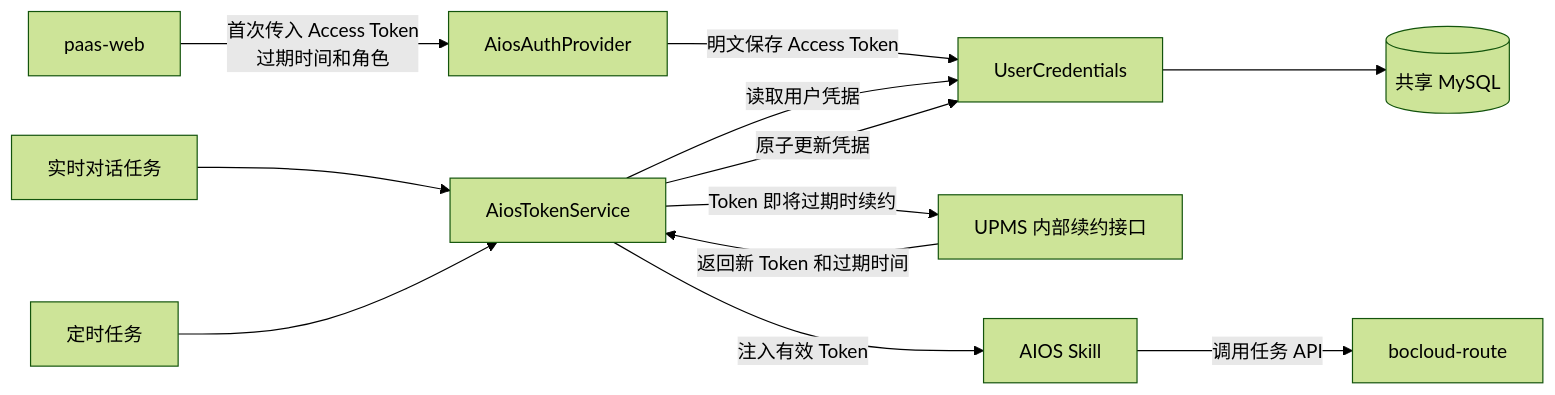
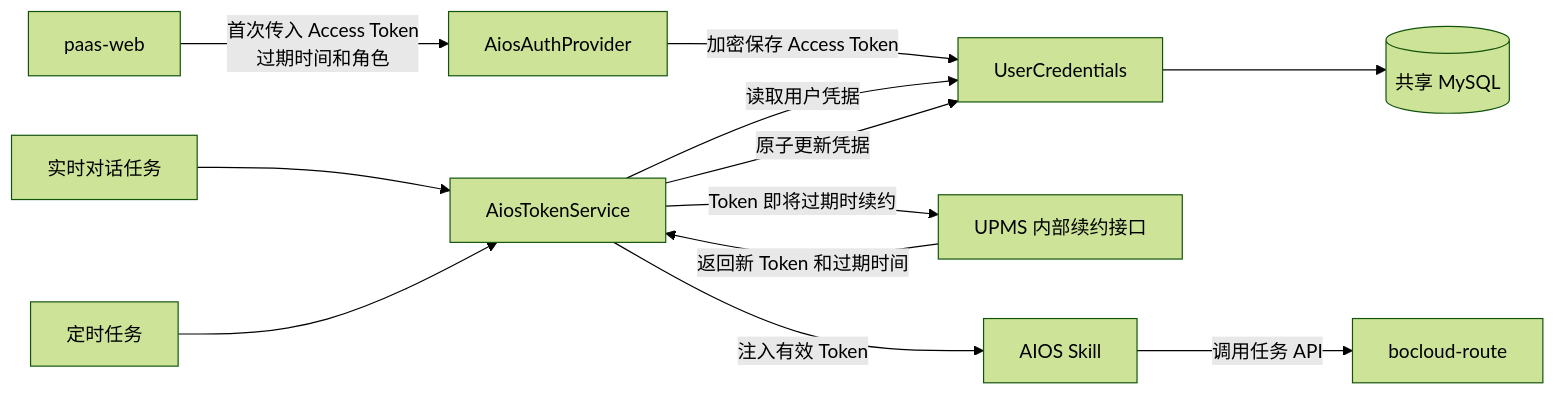
The second of 5 diagrams in docs/design/14-aios-unified-auth.md (Wpxknight/agentdemo), drawn with Mermaid (forest theme) before and after one commit. The commit also changed other lines of this file and 55 other files, not shown here.

````diff
--- a/docs/design/14-aios-unified-auth.md
+++ b/docs/design/14-aios-unified-auth.md
@@ -131,15 +131,15 @@
 ```mermaid
 flowchart LR
   P[paas-web] -->|首次传入 Access Token<br/>过期时间和角色| A[AiosAuthProvider]
-  A -->|明文保存 Access Token| C[UserCredentials]
+  A -->|加密保存 Access Token| C[UserCredentials]
   C --> DB[(共享 MySQL)]
 
   RT[实时对话任务] --> TS[AiosTokenService]
   ST[定时任务] --> TS
   TS -->|读取用户凭据| C
   TS -->|Token 即将过期时续约| U[UPMS 内部续约接口]
   U -->|返回新 Token 和过期时间| TS
   TS -->|原子更新凭据| C
   TS -->|注入有效 Token| SK[AIOS Skill]
   SK -->|调用任务 API| B[bocloud-route]
 ```
````
